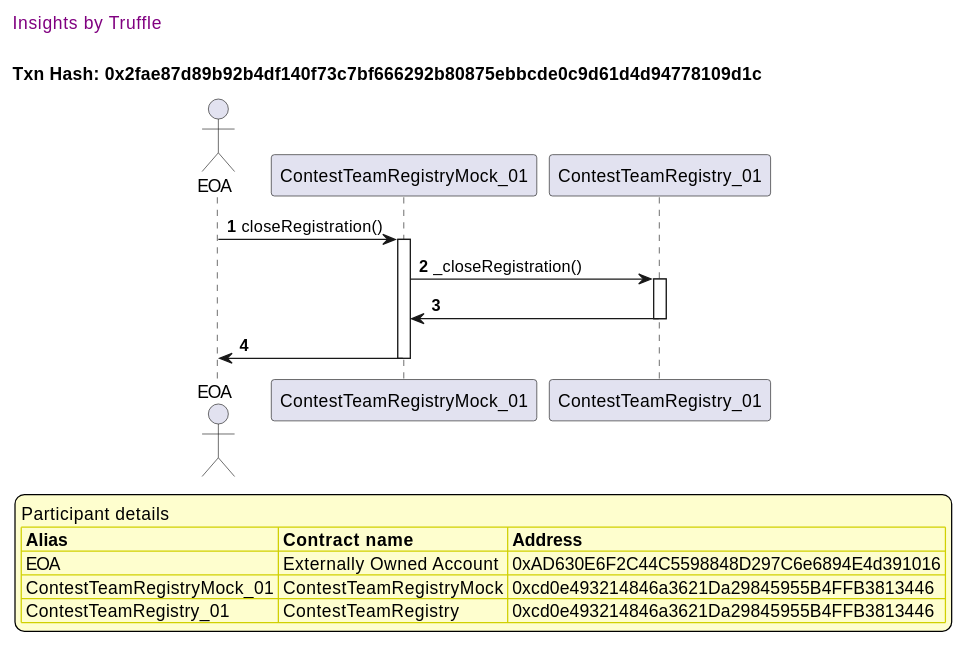
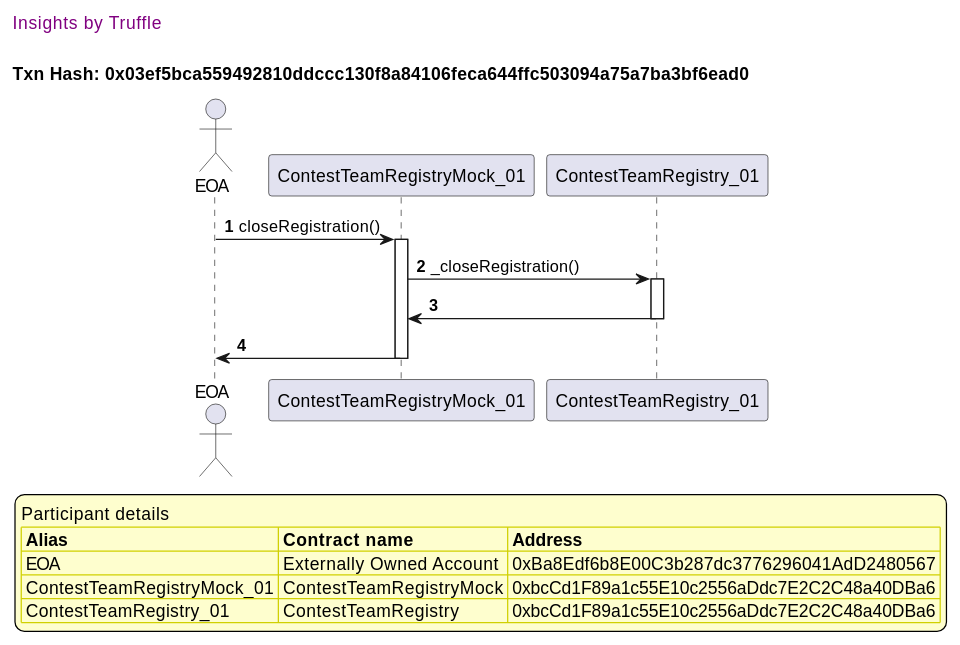
The fifth of 50 diagrams in truffle-seq/core_contestteamregistry.md (fodisi/hackapay), drawn with PlantUML before and after one commit. The commit also changed other lines of this file and 10 other files, not shown here.

````diff
--- a/truffle-seq/core_contestteamregistry.md
+++ b/truffle-seq/core_contestteamregistry.md
@@ -198,41 +198,41 @@
 ```plantuml
 
 
 @startuml
 
 autonumber
 skinparam legendBackgroundColor #FEFECE
 
 <style>
       header {
         HorizontalAlignment left
         FontColor purple
         FontSize 14
         Padding 10
       }
     </style>
 
 header Insights by Truffle
 
-title Txn Hash: 0x2fae87d89b92b4df140f73c7bf666292b80875ebbcde0c9d61d4d94778109d1c
+title Txn Hash: 0x03ef5bca559492810ddccc130f8a84106feca644ffc503094a75a7ba3bf6ead0
 
 
 actor EOA as "EOA"
 participant ContestTeamRegistryMock_01 as "ContestTeamRegistryMock_01"
 participant ContestTeamRegistry_01 as "ContestTeamRegistry_01"
 
 "EOA" -> "ContestTeamRegistryMock_01" ++: closeRegistration()
 "ContestTeamRegistryMock_01" -> "ContestTeamRegistry_01" ++: _closeRegistration()
 "ContestTeamRegistry_01" -> "ContestTeamRegistryMock_01" --: 
 "ContestTeamRegistryMock_01" -> "EOA" --: 
 
 legend
 Participant details
 <#FEFECE,#D0D000>|= Alias |= Contract name |= Address |
-<#FEFECE>| EOA | Externally Owned Account | 0xAD630E6F2C44C5598848D297C6e6894E4d391016 |
-<#FEFECE>| ContestTeamRegistryMock_01 | ContestTeamRegistryMock | 0xcd0e493214846a3621Da29845955B4FFB3813446 |
-<#FEFECE>| ContestTeamRegistry_01 | ContestTeamRegistry | 0xcd0e493214846a3621Da29845955B4FFB3813446 |
+<#FEFECE>| EOA | Externally Owned Account | 0xBa8Edf6b8E00C3b287dc3776296041AdD2480567 |
+<#FEFECE>| ContestTeamRegistryMock_01 | ContestTeamRegistryMock | 0xbcCd1F89a1c55E10c2556aDdc7E2C2C48a40DBa6 |
+<#FEFECE>| ContestTeamRegistry_01 | ContestTeamRegistry | 0xbcCd1F89a1c55E10c2556aDdc7E2C2C48a40DBa6 |
 endlegend
 
 @enduml
 ```
````
